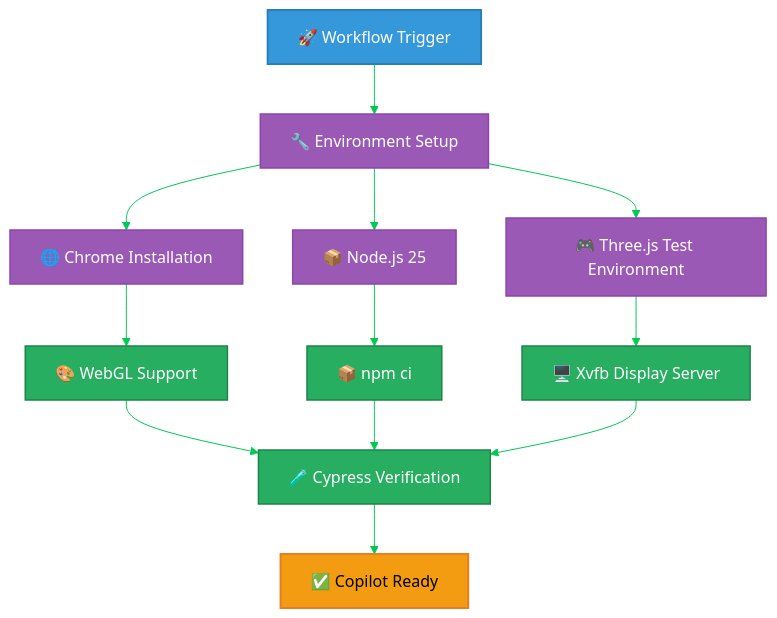
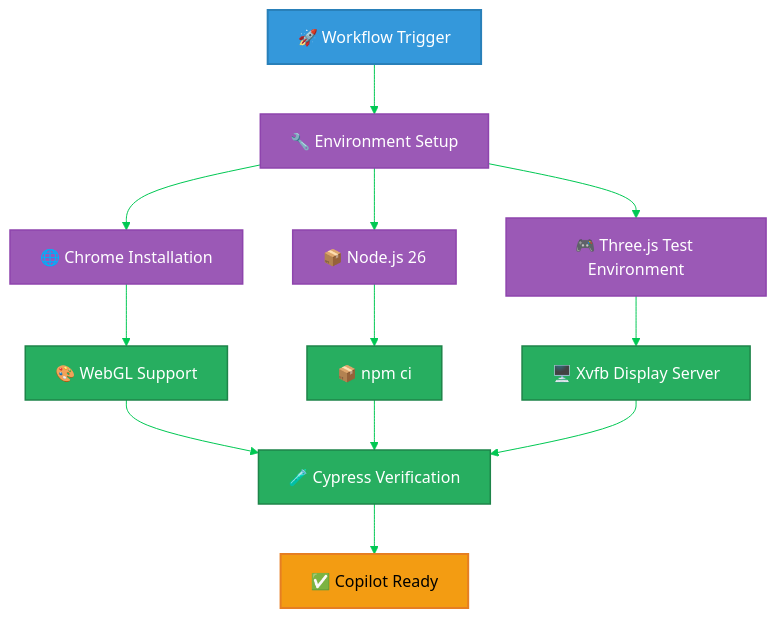
The ninth of 14 diagrams in docs/api/media/WORKFLOWS.md (Hack23/blacktrigram), drawn with Mermaid before and after one commit. The commit also changed other lines of this file and 24 other files, not shown here.

````diff
--- a/docs/api/media/WORKFLOWS.md
+++ b/docs/api/media/WORKFLOWS.md
@@ -444,28 +444,28 @@
 ```mermaid
 %%{init: {'theme':'base', 'themeVariables': {'primaryColor':'#2979FF','primaryTextColor':'#fff','primaryBorderColor':'#0D47A1','lineColor':'#00C853','secondaryColor':'#FFD600','tertiaryColor':'#FF3D00'}}}%%
 flowchart TD
     Trigger[🚀 Workflow Trigger] --> Setup[🔧 Environment Setup]
     Setup --> Chrome[🌐 Chrome Installation]
-    Setup --> Node[📦 Node.js 25]
+    Setup --> Node[📦 Node.js 26]
     Setup --> ThreeJS[🎮 Three.js Test Environment]
     
     Chrome --> WebGL[🎨 WebGL Support]
     Node --> Dependencies[📦 npm ci]
     ThreeJS --> Xvfb[🖥️ Xvfb Display Server]
     
     WebGL --> Cypress[🧪 Cypress Verification]
     Dependencies --> Cypress
     Xvfb --> Cypress
     
     Cypress --> Ready[✅ Copilot Ready]
     
     classDef trigger fill:#3498db,stroke:#2980b9,stroke-width:2px,color:white
     classDef setup fill:#9b59b6,stroke:#8e44ad,stroke-width:1.5px,color:white
     classDef install fill:#27ae60,stroke:#1e8449,stroke-width:1.5px,color:white
     classDef ready fill:#f39c12,stroke:#e67e22,stroke-width:2px,color:black
     
     class Trigger trigger
     class Setup,Node,Chrome,ThreeJS setup
     class WebGL,Dependencies,Xvfb,Cypress install
     class Ready ready
 ```
````
